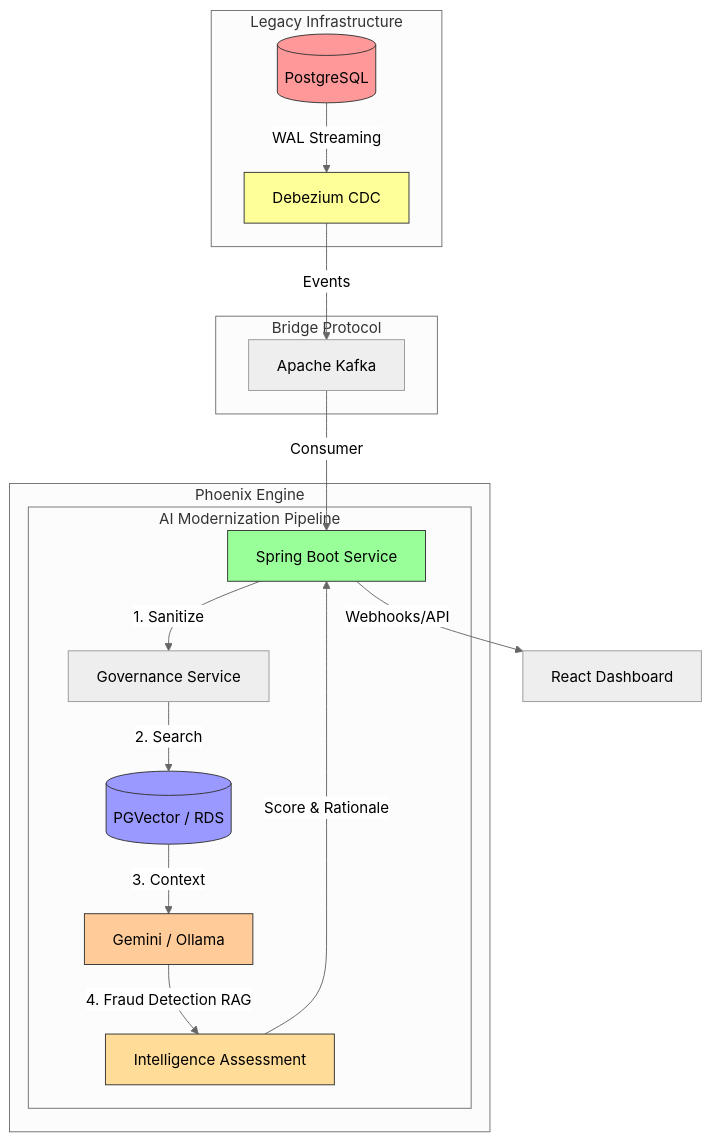
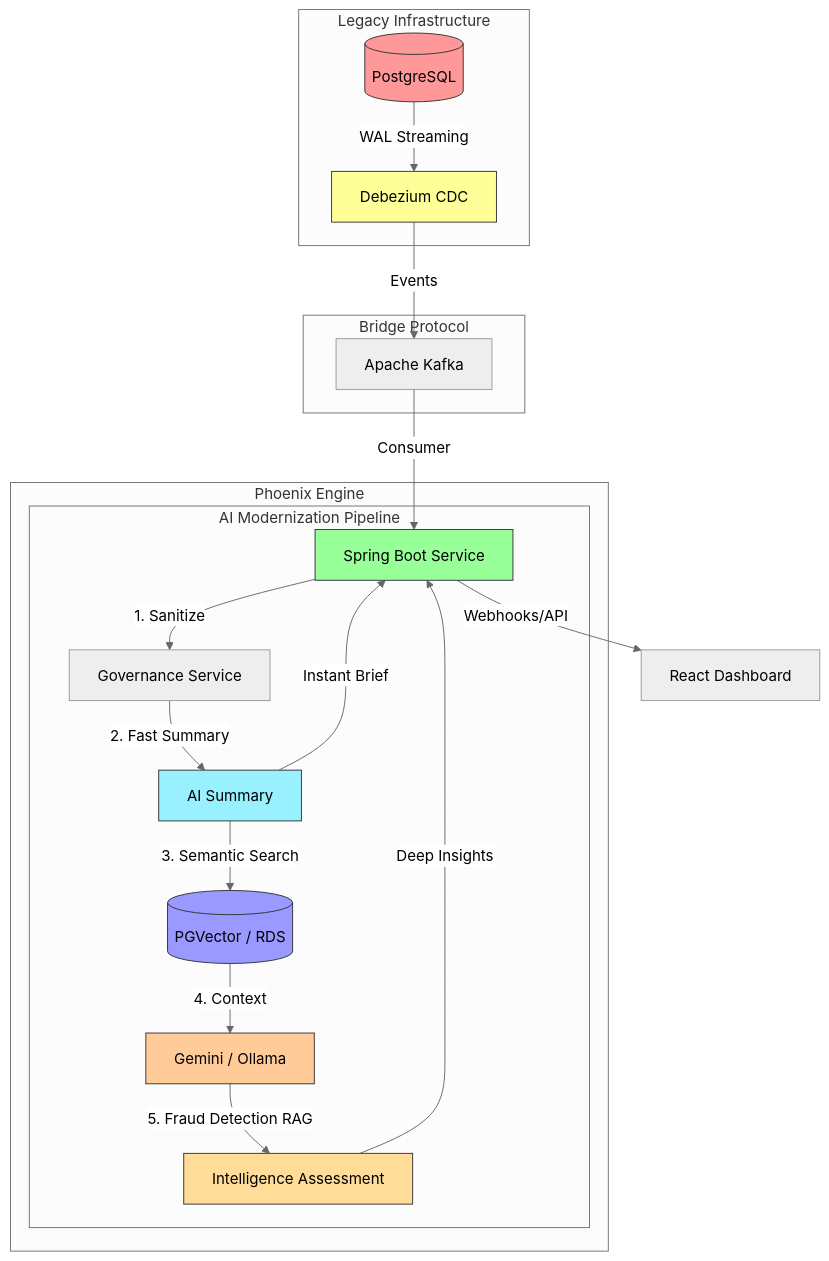
Before and after one commit to primusa/phoenix: the diagram in README.md, drawn with Mermaid (neutral theme).

Commit message:
Updated readme for summary

````diff
--- a/README.md
+++ b/README.md
@@ -43,31 +43,34 @@
 ```mermaid
 graph TD
     subgraph "Legacy Infrastructure"
         LDB[(PostgreSQL)] -->|WAL Streaming| DBZ[Debezium CDC]
     end
 
     subgraph "Bridge Protocol"
         DBZ -->|Events| K[Apache Kafka]
     end
 
     subgraph "Phoenix Engine"
         K -->|Consumer| SB[Spring Boot Service]
         
         subgraph "AI Modernization Pipeline"
             SB -->|1. Sanitize| GS[Governance Service]
-            GS -->|2. Search| VDB[(PGVector / RDS)]
-            VDB -->|3. Context| LLM[Gemini / Ollama]
-            LLM -->|4. Fraud Detection RAG| IA[Intelligence Assessment]
+            GS -->|2. Fast Summary| SUM[AI Summary]
+            SUM -->|3. Semantic Search| VDB[(PGVector / RDS)]
+            VDB -->|4. Context| LLM[Gemini / Ollama]
+            LLM -->|5. Fraud Detection RAG| IA[Intelligence Assessment]
         end
     end
 
-    IA -->|Score & Rationale| SB
+    IA -->|Deep Insights| SB
+    SUM -->|Instant Brief| SB
     SB -->|Webhooks/API| UI[React Dashboard]
     
     style LDB fill:#ff9999,stroke:#333
     style DBZ fill:#ffff99,stroke:#333
     style SB fill:#99ff99,stroke:#333
     style VDB fill:#9999ff,stroke:#333
     style LLM fill:#ffcc99,stroke:#333
+    style SUM fill:#99f0ff,stroke:#333
     style IA fill:#ffdd99,stroke:#333
 ```
````
